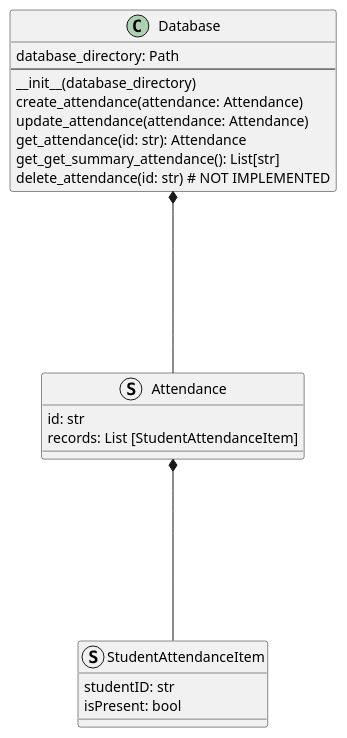
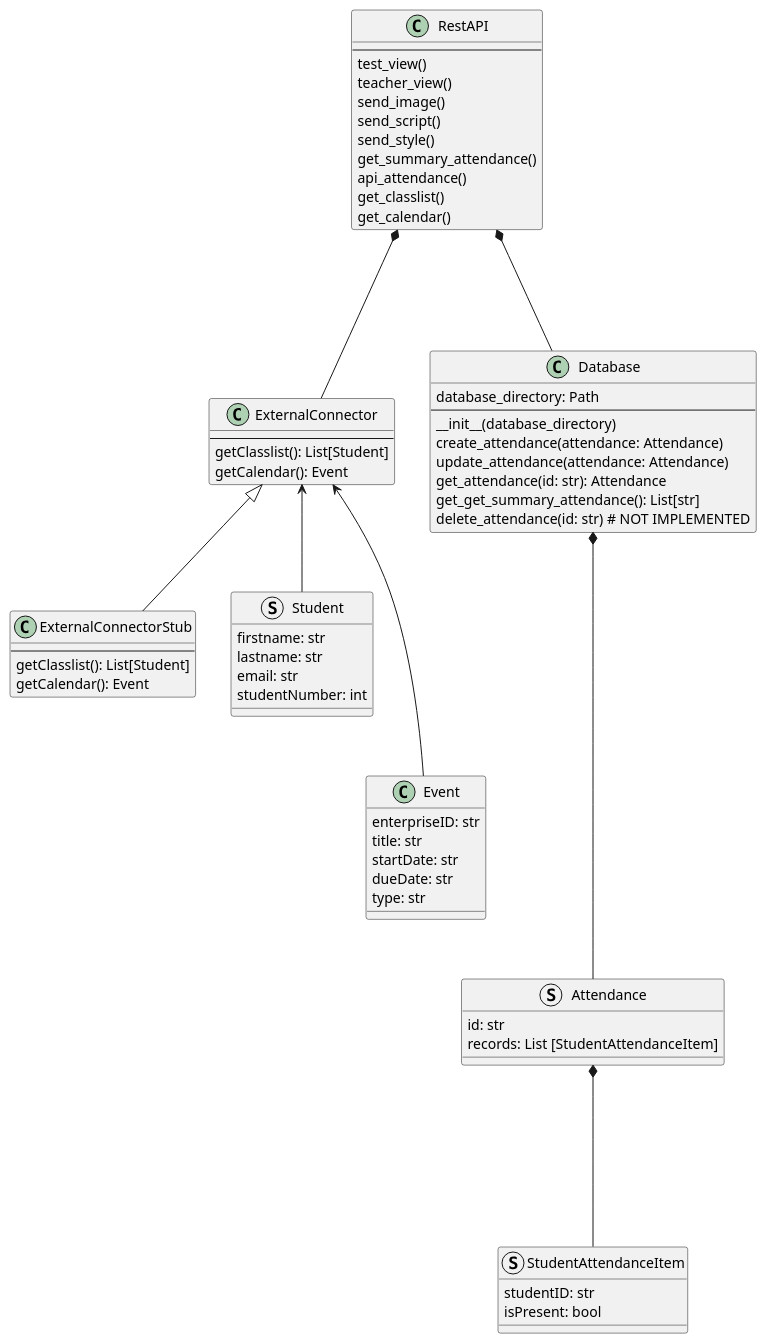
The diagram in design/class-diagram.puml (ehharvey/Attendance), drawn with PlantUML before and after one commit.

Commit message:
Updated Class diagram

```diff
--- a/design/class-diagram.puml
+++ b/design/class-diagram.puml
@@ -1,26 +1,70 @@
 @startuml
+class RestAPI {
+---
+test_view()
+teacher_view()
+send_image()
+send_script()
+send_style()
+get_summary_attendance()
+api_attendance()
+get_classlist()
+get_calendar()
+}
+
+class ExternalConnector {
+---
+getClasslist(): List[Student]
+getCalendar(): Event
+}
+
+class ExternalConnectorStub {
+---
+getClasslist(): List[Student]
+getCalendar(): Event
+}
+
 class Database {
 database_directory: Path
 ----
 __init__(database_directory)
 create_attendance(attendance: Attendance)
 update_attendance(attendance: Attendance)
 get_attendance(id: str): Attendance
 get_get_summary_attendance(): List[str]
 delete_attendance(id: str) # NOT IMPLEMENTED
 }
 
+struct Student {
+    firstname: str
+    lastname: str
+    email: str
+    studentNumber: int
+}
+
+class Event {
+    enterpriseID: str
+    title: str
+    startDate: str
+    dueDate: str
+    type: str
+}
 
 struct Attendance {
 id: str
 records: List [StudentAttendanceItem]
 }
 
 struct StudentAttendanceItem {
 studentID: str
 isPresent: bool
 }
 
+RestAPI *--- Database
+RestAPI *--- ExternalConnector
 Database   *---- Attendance
 Attendance *---- StudentAttendanceItem
+ExternalConnector <--- Event
+ExternalConnector <-- Student
+ExternalConnector <|-- ExternalConnectorStub
 @enduml
```
